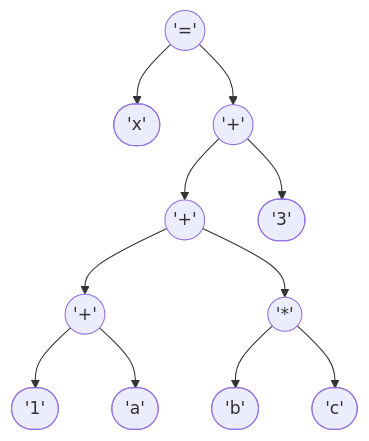
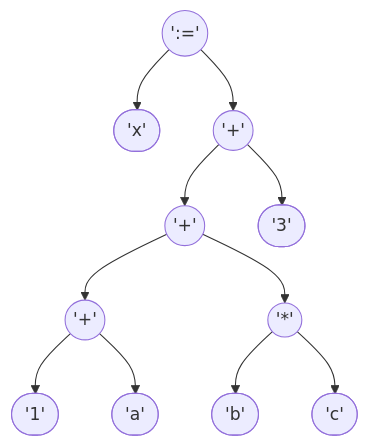
One commit to jangelmm/Compilador-Expresiones changed the first of 3 diagrams in reports/reporte_x.md. Above: the diagram before and after it, drawn with Mermaid. The commit also changed other lines of this file and 14 other files, not shown here.

````diff
--- a/reports/reporte_x.md
+++ b/reports/reporte_x.md
@@ -151,24 +148,24 @@
 ```mermaid
 graph TD
-    N10(('='))
+    N10((':='))
     N0(['x'])
     N10 --> N0
     N9(('+'))
     N7(('+'))
     N3(('+'))
     N1(['1'])
     N3 --> N1
     N2(['a'])
     N3 --> N2
     N7 --> N3
     N6(('*'))
     N4(['b'])
     N6 --> N4
     N5(['c'])
     N6 --> N5
     N7 --> N6
     N9 --> N7
     N8(['3'])
     N9 --> N8
     N10 --> N9
 ```
````
